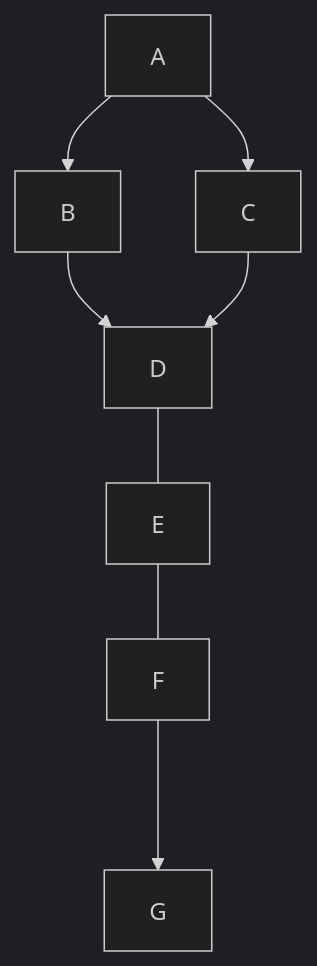
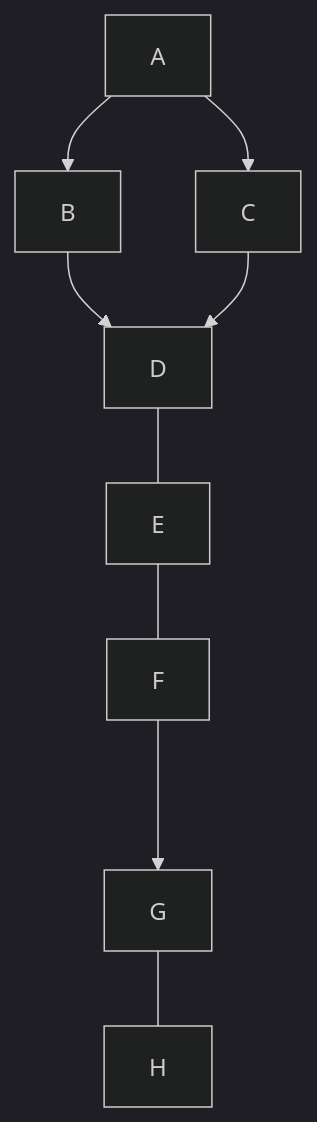
One commit to misterkrull/GitWhippingBoy changed the first of 2 diagrams in README.md. Above: the diagram before and after it, drawn with Mermaid (dark theme).

Commit message:
Update README.md 12345678910

````diff
--- a/README.md
+++ b/README.md
@@ -1,10 +1,11 @@
 ```mermaid
   graph TB;
       A-->B;
       A-->C;
       B-->D;
       C-->D;
       D---E;
       E---F;
       F--->G;
+      G---H
 ```
````
